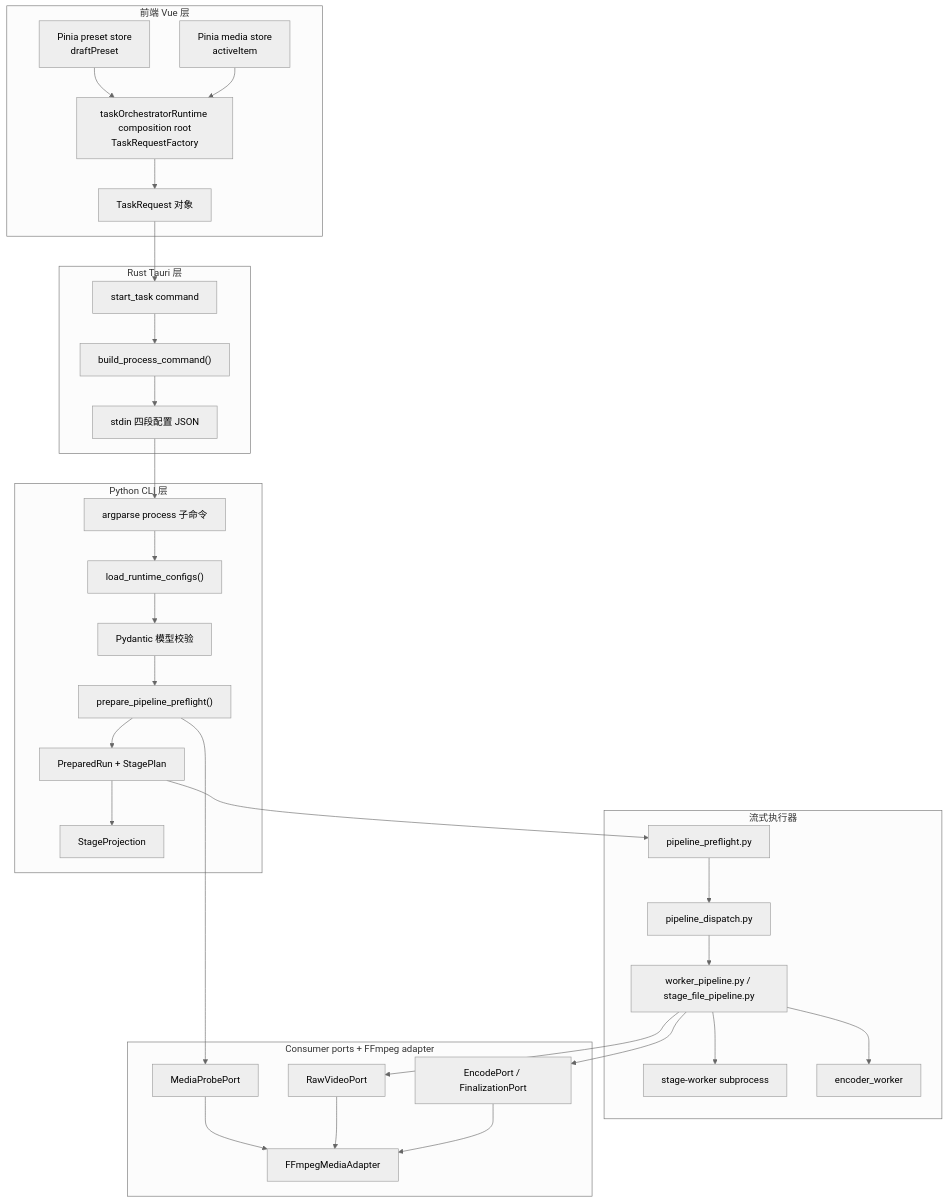
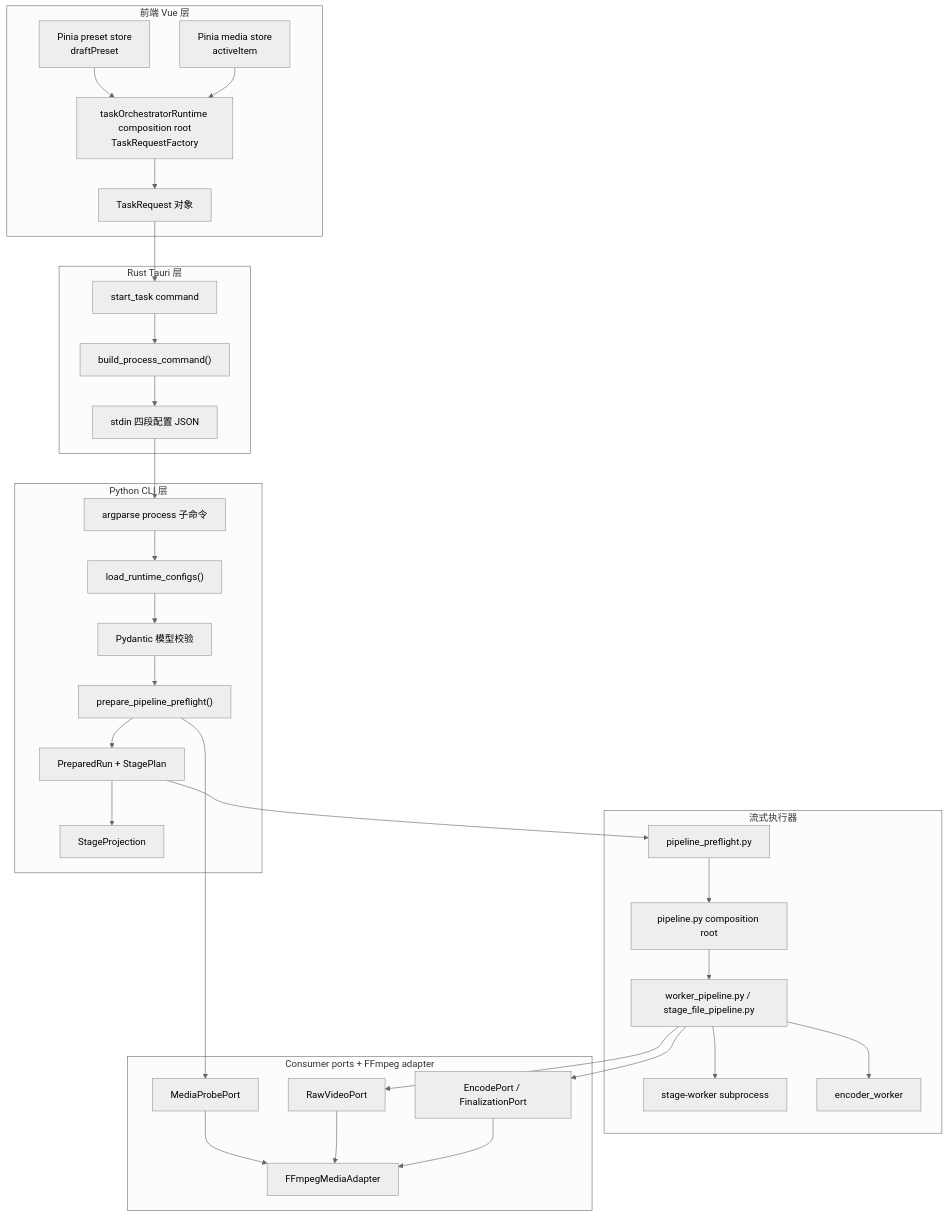
Before and after one commit to youge325/vp: the first of 4 diagrams in docs/06-data-flow.md, drawn with Mermaid (neutral theme). The commit also changed other lines of this file and 23 other files, not shown here.

````diff
--- a/docs/06-data-flow.md
+++ b/docs/06-data-flow.md
@@ -7,63 +7,63 @@
 ```mermaid
 graph TD
     subgraph FE["前端 Vue 层"]
         F1["Pinia preset store<br/>draftPreset"]
         F2["Pinia media store<br/>activeItem"]
         F3["taskOrchestratorRuntime composition root<br/>TaskRequestFactory"]
         F4["TaskRequest 对象"]
     end
 
     subgraph RS["Rust Tauri 层"]
         R1["start_task command"]
         R2["build_process_command()"]
         R3["stdin 四段配置 JSON"]
     end
 
     subgraph PY["Python CLI 层"]
         P1["argparse process 子命令"]
         P2["load_runtime_configs()"]
         P3["Pydantic 模型校验"]
         P4["prepare_pipeline_preflight()"]
         P5["PreparedRun + StagePlan"]
         P6["StageProjection"]
     end
 
     subgraph EX["流式执行器"]
         E1["pipeline_preflight.py"]
-        E2["pipeline_dispatch.py"]
+        E2["pipeline.py composition root"]
         E3["worker_pipeline.py / stage_file_pipeline.py"]
         E4["stage-worker subprocess"]
         E5["encoder_worker"]
     end
 
     subgraph FF["Consumer ports + FFmpeg adapter"]
         FFP["MediaProbePort"]
         FFR["RawVideoPort"]
         FFE["EncodePort / FinalizationPort"]
         FFA["FFmpegMediaAdapter"]
     end
 
     F1 --> F3
     F2 --> F3
     F3 --> F4
     F4 --> R1
     R1 --> R2
     R2 --> R3
     R3 --> P1
     P1 --> P2
     P2 --> P3
     P3 --> P4
     P4 --> P5
     P5 --> P6
     P5 --> E1
     E1 --> E2
     E2 --> E3
     E3 --> E4
     E3 --> E5
     P4 --> FFP
     E3 --> FFR
     E3 --> FFE
     FFP --> FFA
     FFR --> FFA
     FFE --> FFA
 ```
````
